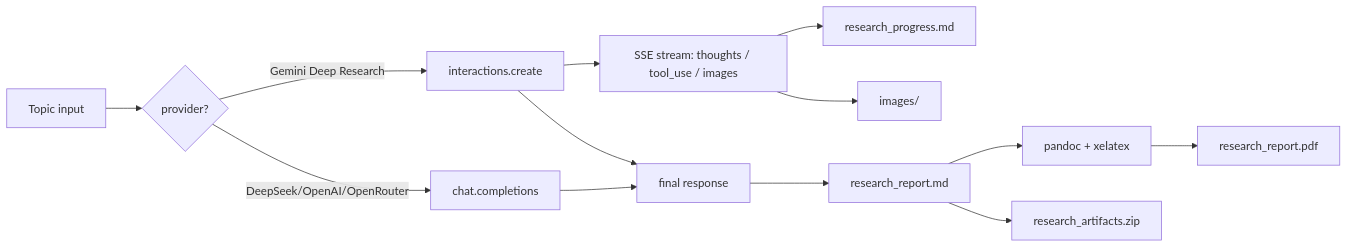
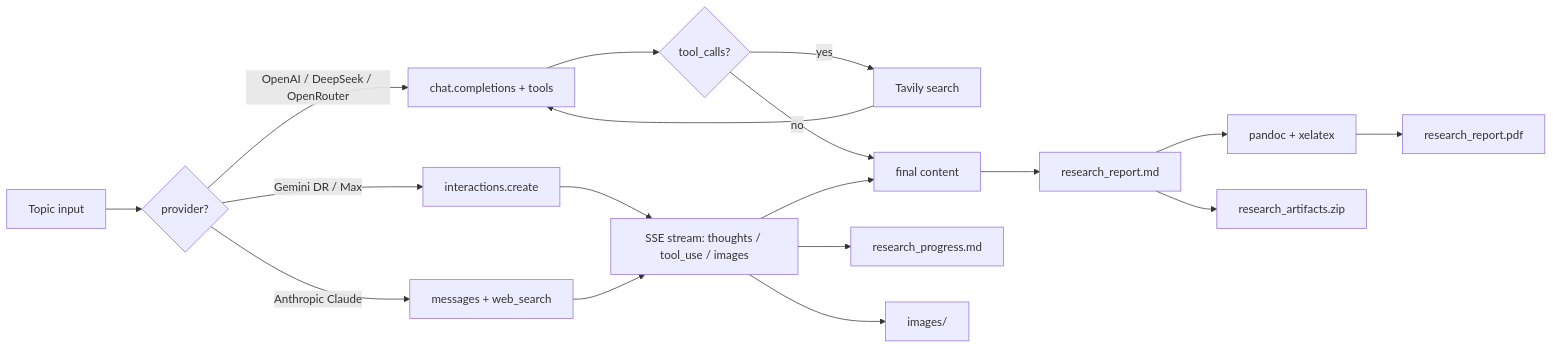
One commit to shaowen-ye/deep-research-assistant changed the second of 2 diagrams in README.md. Above: the diagram before and after it, drawn with Mermaid. The commit also changed other lines of this file and 8 other files, not shown here.

First line of the commit message:
Add web search to all providers + Anthropic Claude (Opus 4.7)

````diff
--- a/README.md
+++ b/README.md
@@ -445,15 +487,20 @@
 ```mermaid
 flowchart LR
     A[Topic input] --> B{provider?}
-    B -->|Gemini Deep Research| C[interactions.create]
-    B -->|DeepSeek/OpenAI/OpenRouter| D[chat.completions]
-    C --> E[SSE stream: thoughts / tool_use / images]
-    E --> F[research_progress.md]
-    E --> G[images/]
-    C --> H[final response]
-    D --> H
-    H --> I[research_report.md]
-    I --> J[pandoc + xelatex]
-    J --> K[research_report.pdf]
-    I --> L[research_artifacts.zip]
+    B -->|Gemini DR / Max| C[interactions.create]
+    B -->|Anthropic Claude| D[messages + web_search]
+    B -->|OpenAI / DeepSeek / OpenRouter| E[chat.completions + tools]
+    C --> F[SSE stream: thoughts / tool_use / images]
+    D --> F
+    E --> G{tool_calls?}
+    G -->|yes| H[Tavily search]
+    H --> E
+    G -->|no| I[final content]
+    F --> J[research_progress.md]
+    F --> K[images/]
+    F --> I
+    I --> L[research_report.md]
+    L --> M[pandoc + xelatex]
+    M --> N[research_report.pdf]
+    L --> O[research_artifacts.zip]
 ```
````
